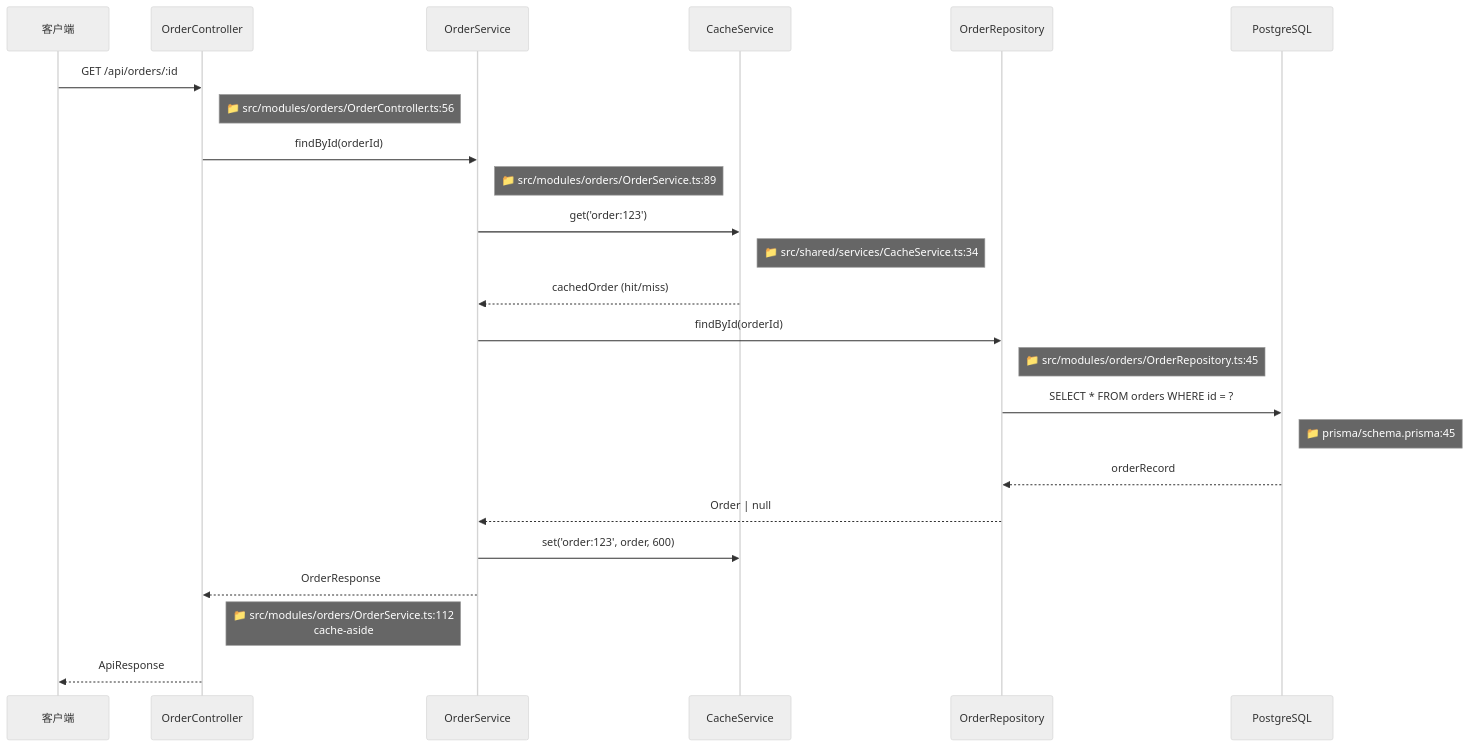
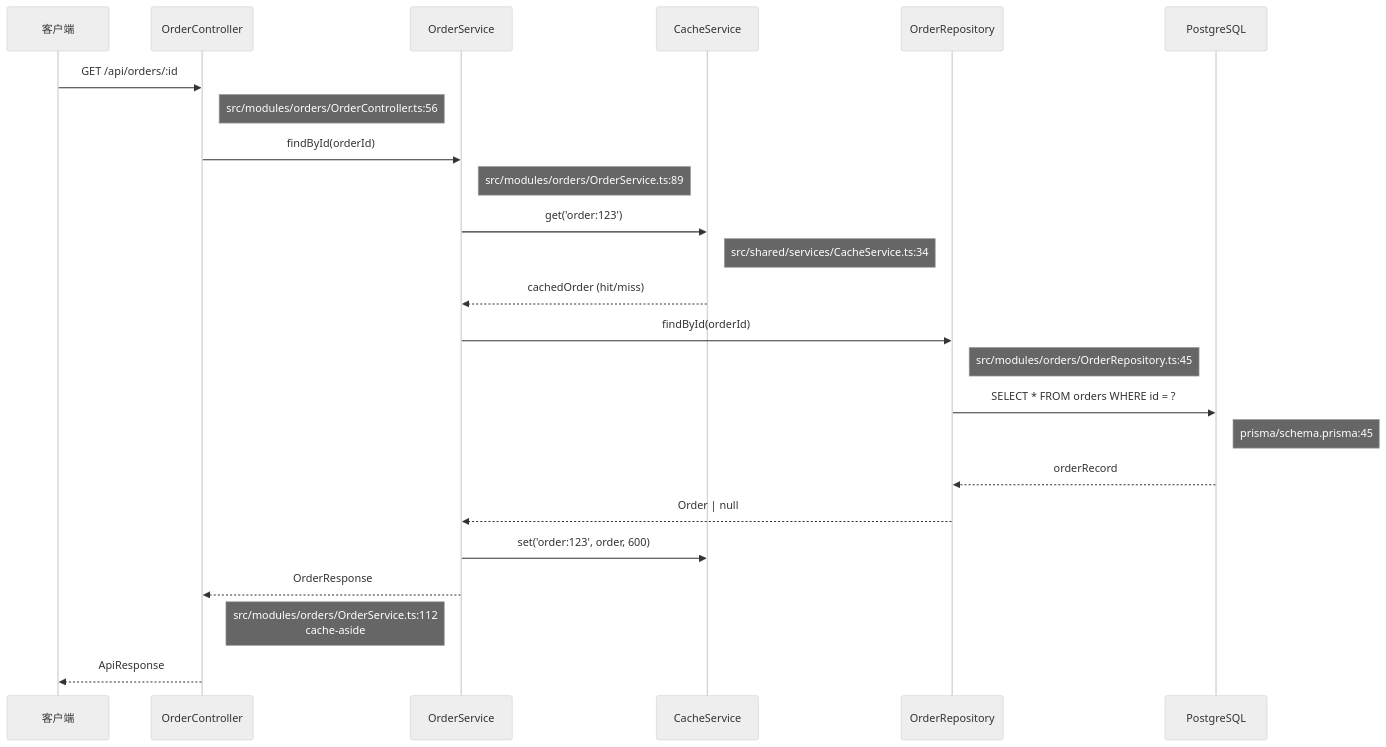
One commit to CaostGrace/project-arch-reverse changed the third of 4 diagrams in references/nodejs-template.md. Above: the diagram before and after it, drawn with Mermaid (neutral theme). The commit also changed other lines of this file and 10 other files, not shown here.

Commit message:
fix: 修复 12.1 流程图 Mermaid 渲染问题 - 结构重组+节点引号+形状修复

````diff
--- a/references/nodejs-template.md
+++ b/references/nodejs-template.md
@@ -398,27 +410,27 @@
 ```mermaid
 sequenceDiagram
     participant Client as 客户端
     participant Ctrl as OrderController
     participant Svc as OrderService
     participant Cache as CacheService
     participant Repo as OrderRepository
     participant DB as PostgreSQL
 
     Client->>Ctrl: GET /api/orders/:id
-    Note right of Ctrl: 📁 src/modules/orders/OrderController.ts:56
+    Note right of Ctrl:  src/modules/orders/OrderController.ts:56
     Ctrl->>Svc: findById(orderId)
-    Note right of Svc: 📁 src/modules/orders/OrderService.ts:89
+    Note right of Svc:  src/modules/orders/OrderService.ts:89
     Svc->>Cache: get('order:123')
-    Note right of Cache: 📁 src/shared/services/CacheService.ts:34
+    Note right of Cache:  src/shared/services/CacheService.ts:34
     Cache-->>Svc: cachedOrder (hit/miss)
     Svc->>Repo: findById(orderId)
-    Note right of Repo: 📁 src/modules/orders/OrderRepository.ts:45
+    Note right of Repo:  src/modules/orders/OrderRepository.ts:45
     Repo->>DB: SELECT * FROM orders WHERE id = ?
-    Note right of DB: 📁 prisma/schema.prisma:45
+    Note right of DB:  prisma/schema.prisma:45
     DB-->>Repo: orderRecord
     Repo-->>Svc: Order | null
     Svc->>Cache: set('order:123', order, 600)
     Svc-->>Ctrl: OrderResponse
-    Note left of Svc: 📁 src/modules/orders/OrderService.ts:112<br/>cache-aside
+    Note left of Svc:  src/modules/orders/OrderService.ts:112<br>cache-aside
     Ctrl-->>Client: ApiResponse
 ```
````
